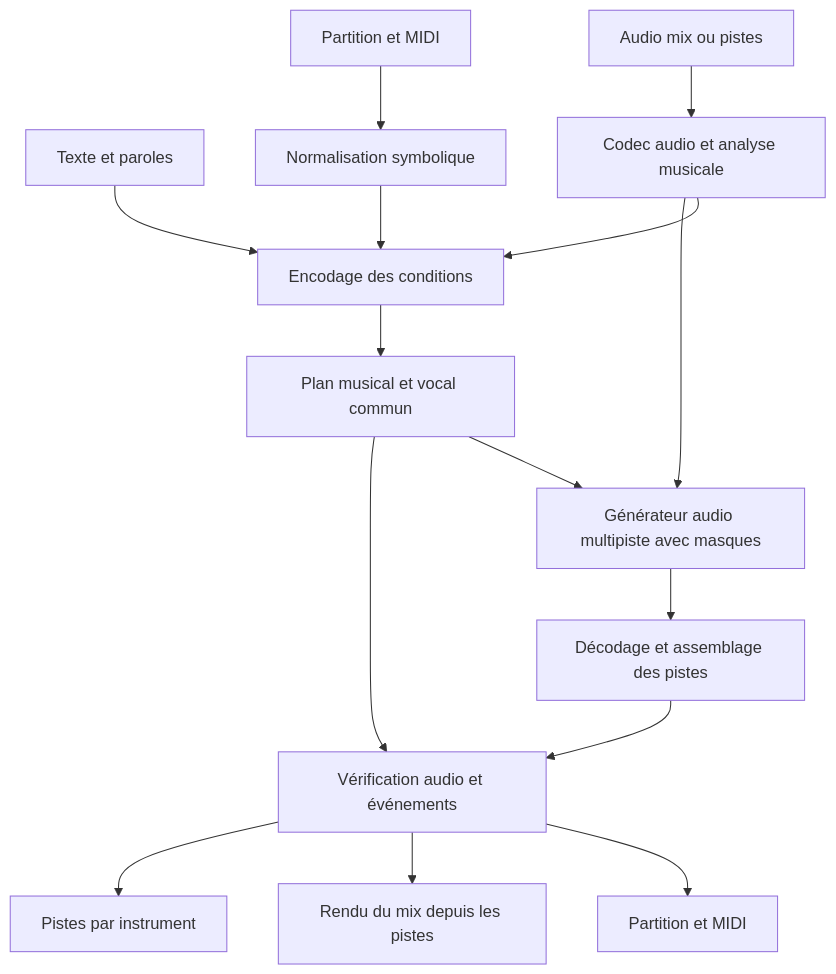
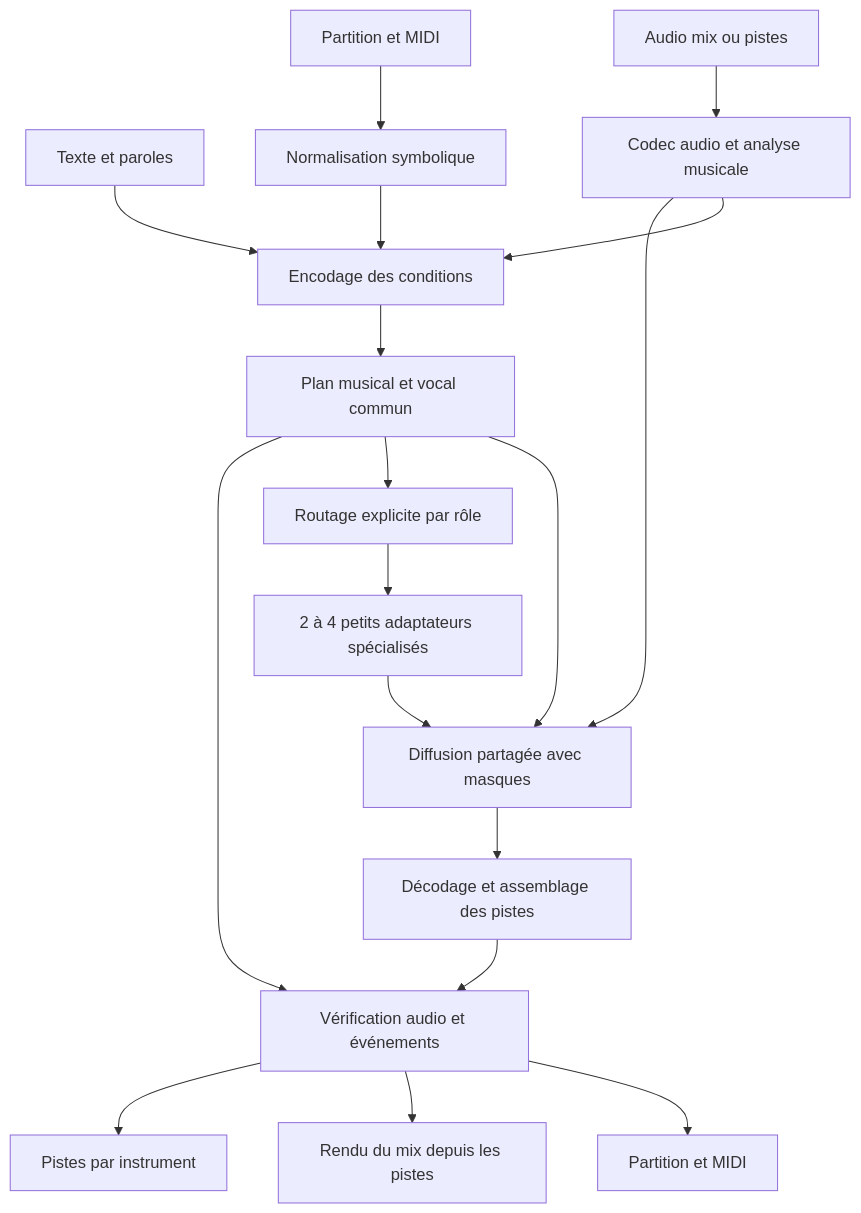
One commit to azerothl/song-maker changed the diagram in specs/music-model/MODEL_SPEC.md. Above: the diagram before and after it, drawn with Mermaid. The commit also changed other lines of this file and 4 other files, not shown here.

````diff
--- a/specs/music-model/MODEL_SPEC.md
+++ b/specs/music-model/MODEL_SPEC.md
@@ -215,17 +215,20 @@
 ```mermaid
 flowchart TD
   T[Texte et paroles] --> C[Encodage des conditions]
   A[Audio mix ou pistes] --> E[Codec audio et analyse musicale]
   S[Partition et MIDI] --> N[Normalisation symbolique]
   E --> C
   N --> C
   C --> P[Plan musical et vocal commun]
-  P --> G[Générateur audio multipiste avec masques]
+  P --> G[Diffusion partagée avec masques]
   E --> G
+  P --> Q[Routage explicite par rôle]
+  Q --> L[2 à 4 petits adaptateurs spécialisés]
+  L --> G
   G --> D[Décodage et assemblage des pistes]
   D --> V[Vérification audio et événements]
   P --> V
   V --> X[Partition et MIDI]
   V --> R[Rendu du mix depuis les pistes]
   V --> O[Pistes par instrument]
 ```
````
